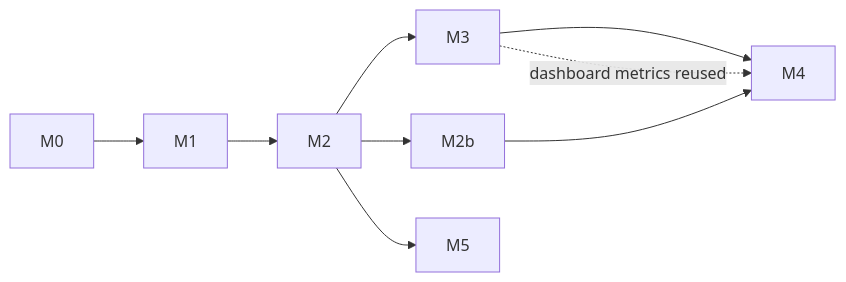
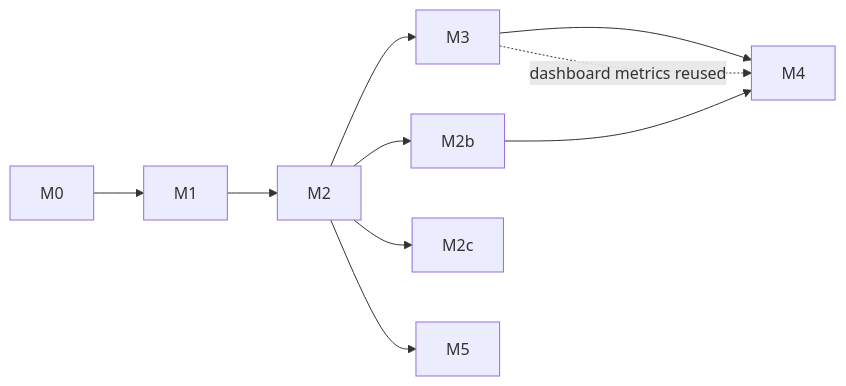
One commit to isoloop/isoloop changed the diagram in docs/plans/README.md. Above: the diagram before and after it, drawn with Mermaid. The commit also changed other lines of this file and 8 other files, not shown here.

````diff
--- a/docs/plans/README.md
+++ b/docs/plans/README.md
@@ -17,7 +18,8 @@
 ```mermaid
 flowchart LR
   M0 --> M1 --> M2 --> M3 --> M4
   M2 --> M2b --> M4
+  M2 --> M2c
   M2 --> M5
   M3 -. "dashboard metrics reused" .-> M4
 ```
````
